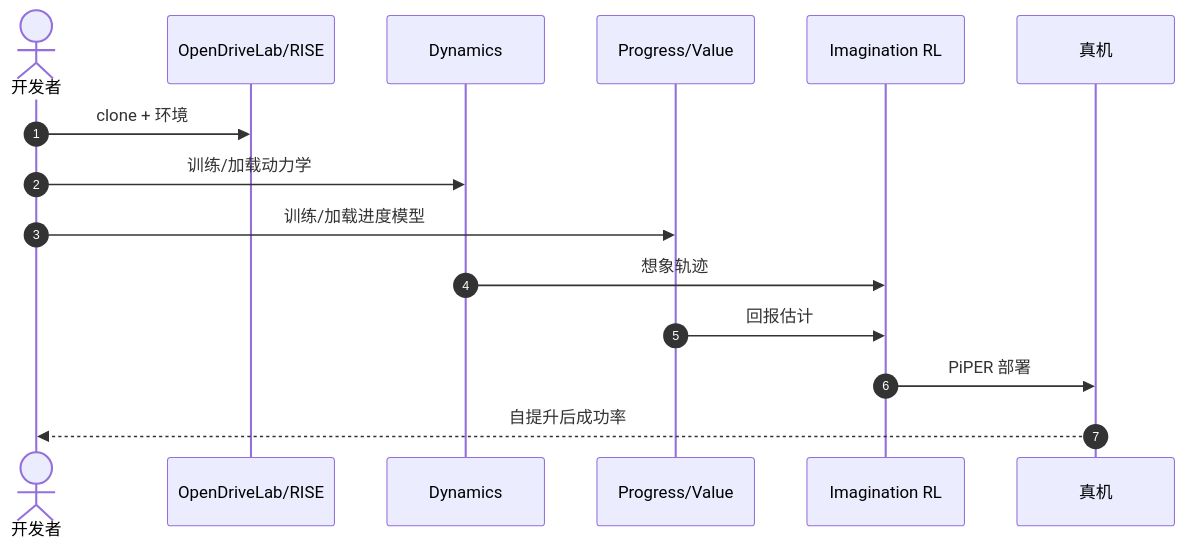
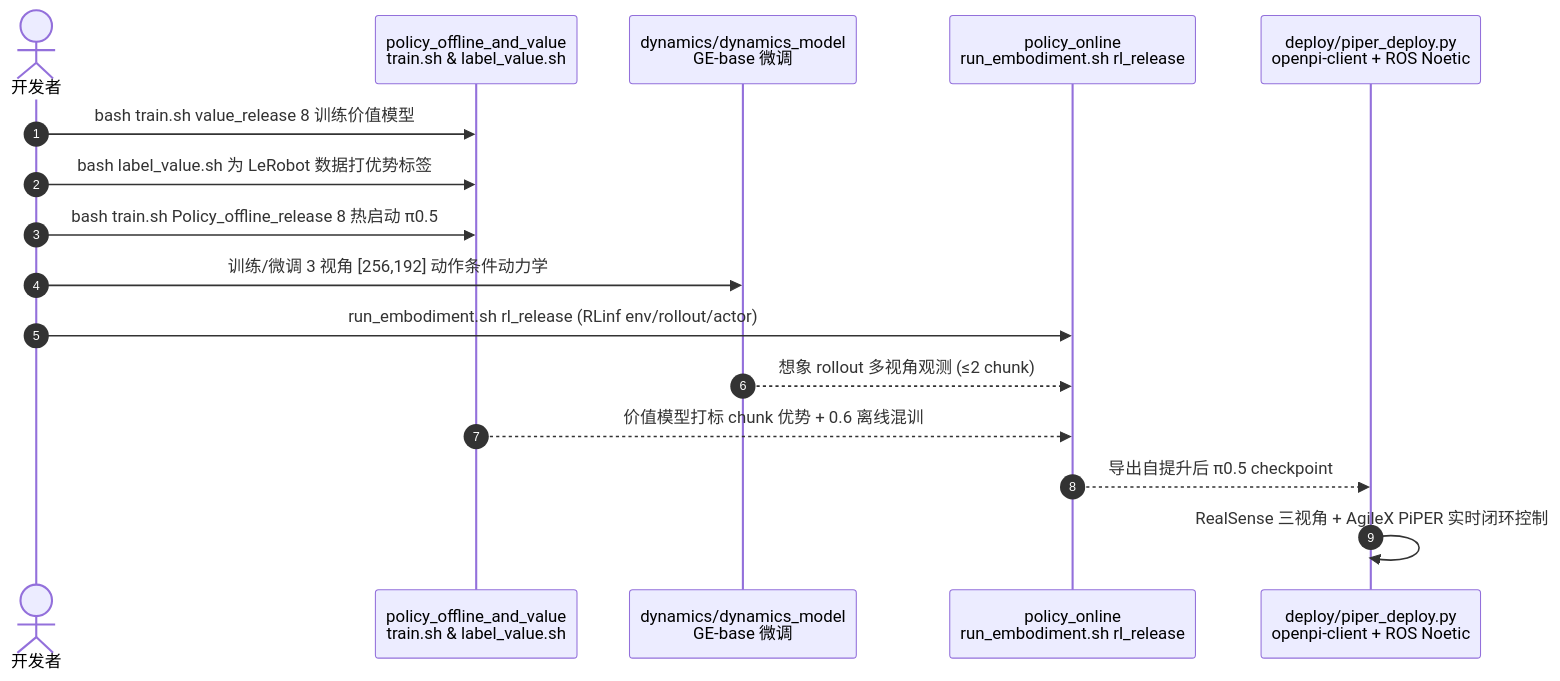
One commit to ImChong/Robotics_Notebooks changed the second of 2 diagrams in wiki/entities/paper-sa-2602-11075-rise-self-improving-robot-policy-with-compositio.md. Above: the diagram before and after it, drawn with Mermaid. The commit also changed other lines of this file and 52 other files, not shown here.

Commit message:
[2026-11-22] ingest | sources/ & wiki/ — 补齐实验室路线 19 个节点一手原文通读、骨架与 Mermaid 图表至 3/3 满分

````diff
--- a/wiki/entities/paper-sa-2602-11075-rise-self-improving-robot-policy-with-compositio.md
+++ b/wiki/entities/paper-sa-2602-11075-rise-self-improving-robot-policy-with-compositio.md
@@ -92,17 +129,18 @@
 ```mermaid
 sequenceDiagram
     autonumber
     actor Dev as 开发者
-    participant Repo as OpenDriveLab/RISE
-    participant Dyn as Dynamics
-    participant Val as Progress/Value
-    participant RL as Imagination RL
-    participant Robot as 真机
-    Dev->>Repo: clone + 环境
-    Dev->>Dyn: 训练/加载动力学
-    Dev->>Val: 训练/加载进度模型
-    Dyn->>RL: 想象轨迹
-    Val->>RL: 回报估计
-    RL->>Robot: PiPER 部署
-    Robot-->>Dev: 自提升后成功率
+    participant Offline as policy_offline_and_value<br/>train.sh & label_value.sh
+    participant Dyn as dynamics/dynamics_model<br/>GE-base 微调
+    participant Onl as policy_online<br/>run_embodiment.sh rl_release
+    participant Dep as deploy/piper_deploy.py<br/>openpi-client + ROS Noetic
+    Dev->>Offline: bash train.sh value_release 8 训练价值模型
+    Dev->>Offline: bash label_value.sh 为 LeRobot 数据打优势标签
+    Dev->>Offline: bash train.sh Policy_offline_release 8 热启动 π0.5
+    Dev->>Dyn: 训练/微调 3 视角 [256,192] 动作条件动力学
+    Dev->>Onl: run_embodiment.sh rl_release (RLinf env/rollout/actor)
+    Dyn-->>Onl: 想象 rollout 多视角观测 (≤2 chunk)
+    Offline-->>Onl: 价值模型打标 chunk 优势 + 0.6 离线混训
+    Onl-->>Dep: 导出自提升后 π0.5 checkpoint
+    Dep->>Dep: RealSense 三视角 + AgileX PiPER 实时闭环控制
 ```
````
